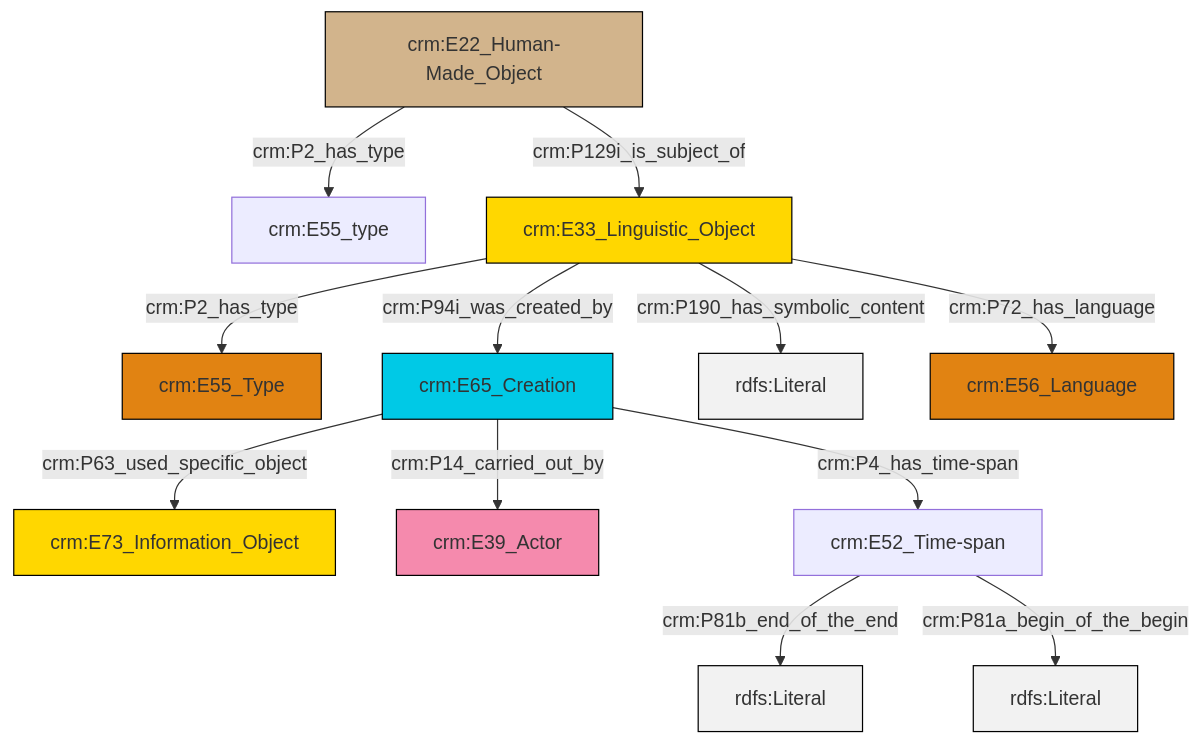
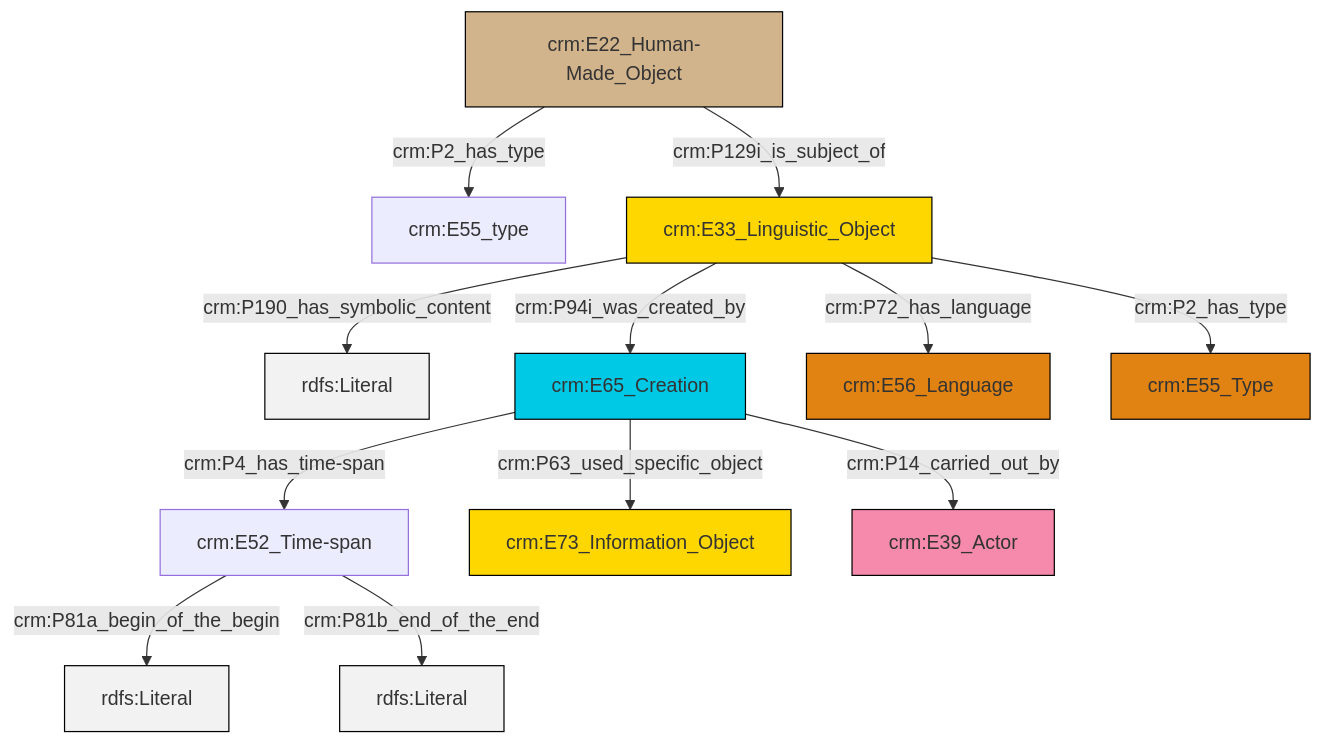
The diagram in et/builtWorkCSV/ttl/mmd/Built_Work_description.ttl.mmd (swiss-art-research-net/reference-data-models), drawn with Mermaid before and after one commit. The commit also changed 128 other files, not shown here.

```diff
--- a/et/builtWorkCSV/ttl/mmd/Built_Work_description.ttl.mmd
+++ b/et/builtWorkCSV/ttl/mmd/Built_Work_description.ttl.mmd
@@ -1,26 +1,26 @@
 graph TD
 classDef Literal fill:#f2f2f2,stroke:#000000;
 classDef CRM_Entity fill:#FFFFFF,stroke:#000000;
 classDef Temporal_Entity fill:#00C9E6, stroke:#000000;
 classDef Type fill:#E18312, stroke:#000000;
 classDef Time-Span fill:#2C9C91, stroke:#000000;
 classDef Appellation fill:#FFEB7F, stroke:#000000;
 classDef Place fill:#008836, stroke:#000000;
 classDef Persistent_Item fill:#B266B2, stroke:#000000;
 classDef Conceptual_Object fill:#FFD700, stroke:#000000;
 classDef Physical_Thing fill:#D2B48C, stroke:#000000;
 classDef Actor fill:#f58aad, stroke:#000000;
 classDef PC_Classes fill:#4ce600, stroke:#000000;
 classDef Multi fill:#cccccc,stroke:#000000;
 
-4["crm:E52_Time-span"]:::Default -->|crm:P81b_end_of_the_end| 5[rdfs:Literal]:::Literal
-10["crm:E65_Creation"]:::Temporal_Entity -->|crm:P63_used_specific_object| 0["crm:E73_Information_Object"]:::Conceptual_Object
-14["crm:E33_Linguistic_Object"]:::Conceptual_Object -->|crm:P94i_was_created_by| 10["crm:E65_Creation"]:::Temporal_Entity
-14["crm:E33_Linguistic_Object"]:::Conceptual_Object -->|crm:P190_has_symbolic_content| 15[rdfs:Literal]:::Literal
-10["crm:E65_Creation"]:::Temporal_Entity -->|crm:P4_has_time-span| 4["crm:E52_Time-span"]:::Default
-14["crm:E33_Linguistic_Object"]:::Conceptual_Object -->|crm:P72_has_language| 16["crm:E56_Language"]:::Type
-14["crm:E33_Linguistic_Object"]:::Conceptual_Object -->|crm:P2_has_type| 8["crm:E55_Type"]:::Type
-4["crm:E52_Time-span"]:::Default -->|crm:P81a_begin_of_the_begin| 18[rdfs:Literal]:::Literal
-6["crm:E22_Human-Made_Object"]:::Physical_Thing -->|crm:P129i_is_subject_of| 14["crm:E33_Linguistic_Object"]:::Conceptual_Object
-6["crm:E22_Human-Made_Object"]:::Physical_Thing -->|crm:P2_has_type| 12["crm:E55_type"]:::Default
-10["crm:E65_Creation"]:::Temporal_Entity -->|crm:P14_carried_out_by| 2["crm:E39_Actor"]:::Actor
+0["crm:E22_Human-Made_Object"]:::Physical_Thing -->|crm:P2_has_type| 1["crm:E55_type"]:::Default
+2["crm:E33_Linguistic_Object"]:::Conceptual_Object -->|crm:P190_has_symbolic_content| 3[rdfs:Literal]:::Literal
+4["crm:E65_Creation"]:::Temporal_Entity -->|crm:P4_has_time-span| 5["crm:E52_Time-span"]:::Default
+4["crm:E65_Creation"]:::Temporal_Entity -->|crm:P63_used_specific_object| 6["crm:E73_Information_Object"]:::Conceptual_Object
+2["crm:E33_Linguistic_Object"]:::Conceptual_Object -->|crm:P94i_was_created_by| 4["crm:E65_Creation"]:::Temporal_Entity
+2["crm:E33_Linguistic_Object"]:::Conceptual_Object -->|crm:P2_has_type| 11["crm:E55_Type"]:::Type
+5["crm:E52_Time-span"]:::Default -->|crm:P81a_begin_of_the_begin| 12[rdfs:Literal]:::Literal
+4["crm:E65_Creation"]:::Temporal_Entity -->|crm:P14_carried_out_by| 13["crm:E39_Actor"]:::Actor
+0["crm:E22_Human-Made_Object"]:::Physical_Thing -->|crm:P129i_is_subject_of| 2["crm:E33_Linguistic_Object"]:::Conceptual_Object
+5["crm:E52_Time-span"]:::Default -->|crm:P81b_end_of_the_end| 19[rdfs:Literal]:::Literal
+2["crm:E33_Linguistic_Object"]:::Conceptual_Object -->|crm:P72_has_language| 8["crm:E56_Language"]:::Type
```
